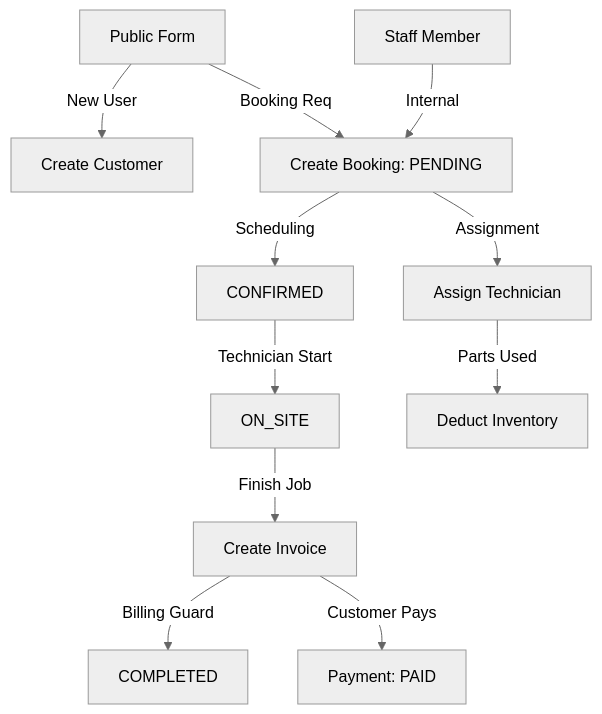
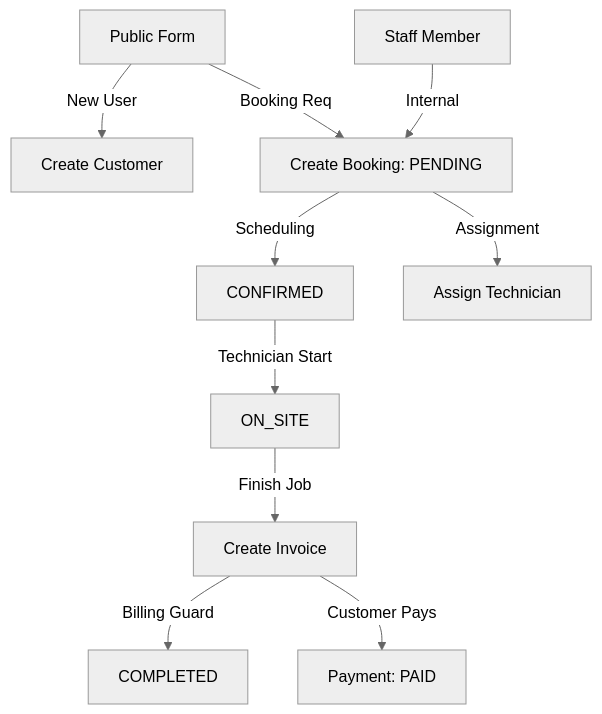
The diagram in SYSTEM_OVERVIEW.md (vmargin/aircon-service), drawn with Mermaid (neutral theme) before and after one commit. The commit also changed other lines of this file and 43 other files, not shown here.

````diff
--- a/SYSTEM_OVERVIEW.md
+++ b/SYSTEM_OVERVIEW.md
@@ -87,13 +81,12 @@
 ```mermaid
 graph TD
     Public[Public Form] -->|New User| Cust[Create Customer]
     Public -->|Booking Req| BK[Create Booking: PENDING]
     Staff[Staff Member] -->|Internal| BK
     BK -->|Scheduling| CONF[CONFIRMED]
     BK -->|Assignment| Tech[Assign Technician]
     CONF -->|Technician Start| SITE[ON_SITE]
     SITE -->|Finish Job| INV[Create Invoice]
     INV -->|Billing Guard| COMP[COMPLETED]
-    Tech -->|Parts Used| INV_SYS[Deduct Inventory]
     INV -->|Customer Pays| PAID[Payment: PAID]
 ```
````
